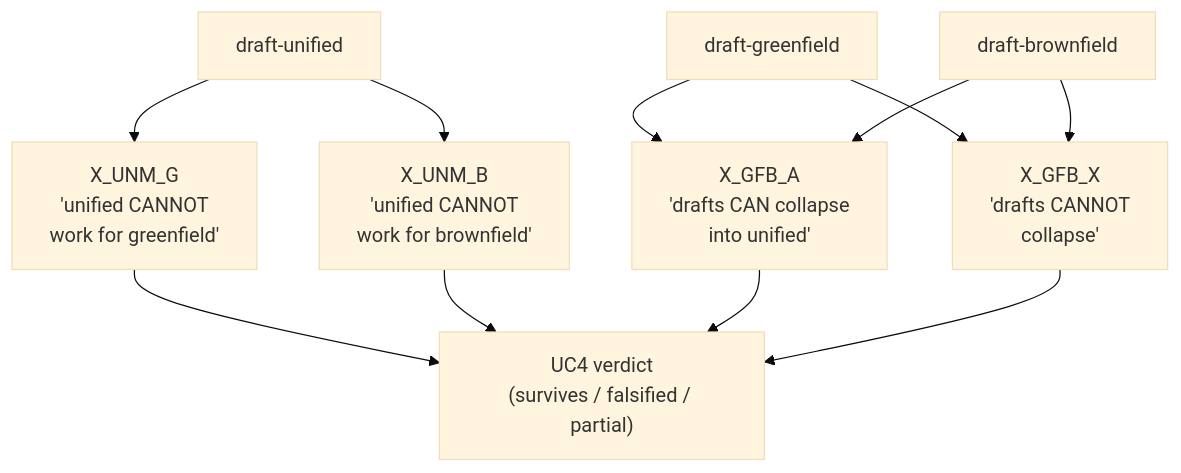
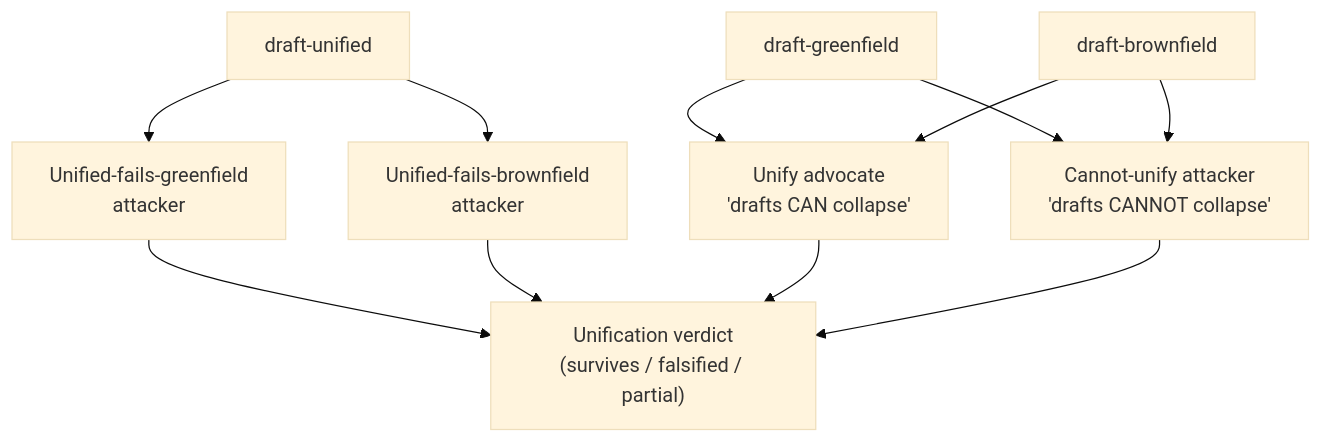
The seventh of 11 diagrams in research-plan-v3-primer.md (lago-morph/software-factory), drawn with Mermaid (base theme) before and after one commit. The commit also changed other lines of this file, not shown here.

````diff
--- a/research-plan-v3-primer.md
+++ b/research-plan-v3-primer.md
@@ -168,19 +153,19 @@
 ```mermaid
 flowchart TB
     DU["draft-unified"]
     DG["draft-greenfield"]
     DB["draft-brownfield"]
 
-    DU --> X1["X_UNM_G<br/>'unified CANNOT<br/>work for greenfield'"]
-    DU --> X2["X_UNM_B<br/>'unified CANNOT<br/>work for brownfield'"]
+    DU --> X1["Unified-fails-greenfield<br/>attacker"]
+    DU --> X2["Unified-fails-brownfield<br/>attacker"]
 
-    DG --> X3["X_GFB_A<br/>'drafts CAN collapse<br/>into unified'"]
+    DG --> X3["Unify advocate<br/>'drafts CAN collapse'"]
     DB --> X3
-    DG --> X4["X_GFB_X<br/>'drafts CANNOT<br/>collapse'"]
+    DG --> X4["Cannot-unify attacker<br/>'drafts CANNOT collapse'"]
     DB --> X4
 
-    X1 --> V["UC4 verdict<br/>(survives / falsified / partial)"]
+    X1 --> V["Unification verdict<br/>(survives / falsified / partial)"]
     X2 --> V
     X3 --> V
     X4 --> V
 ```
````
